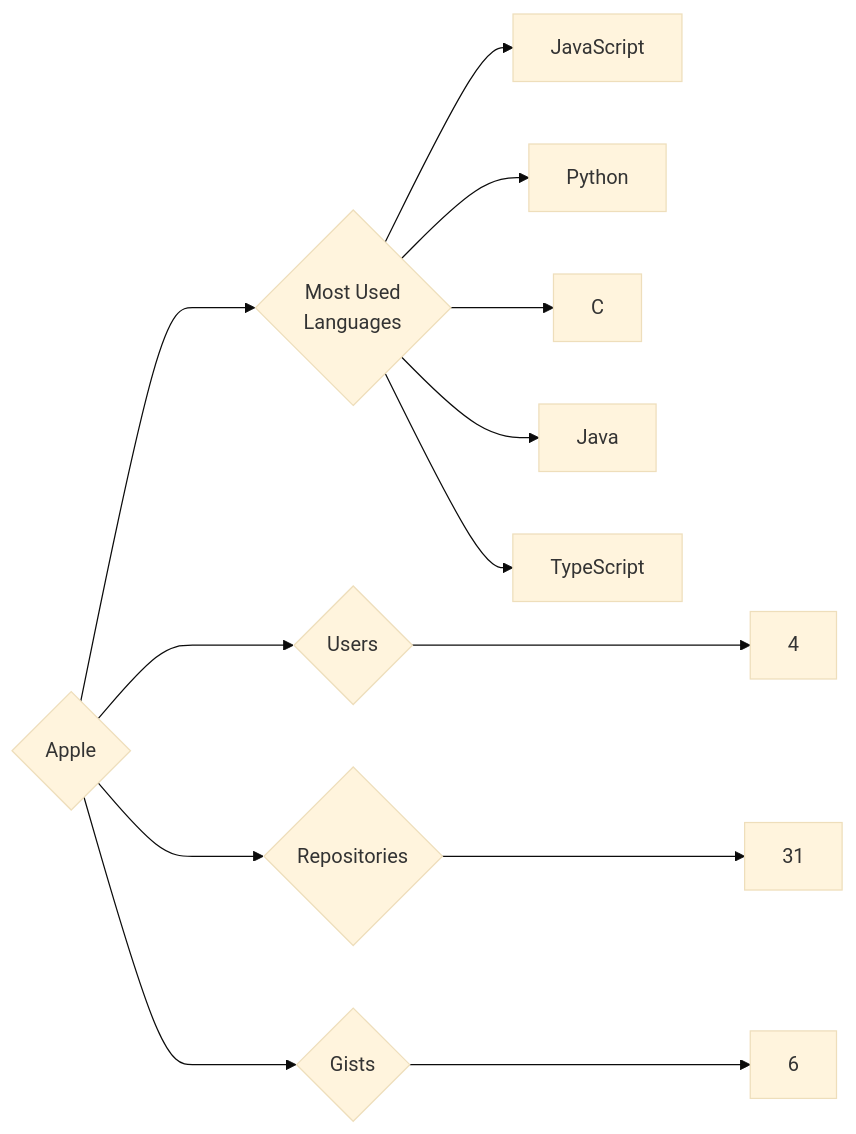
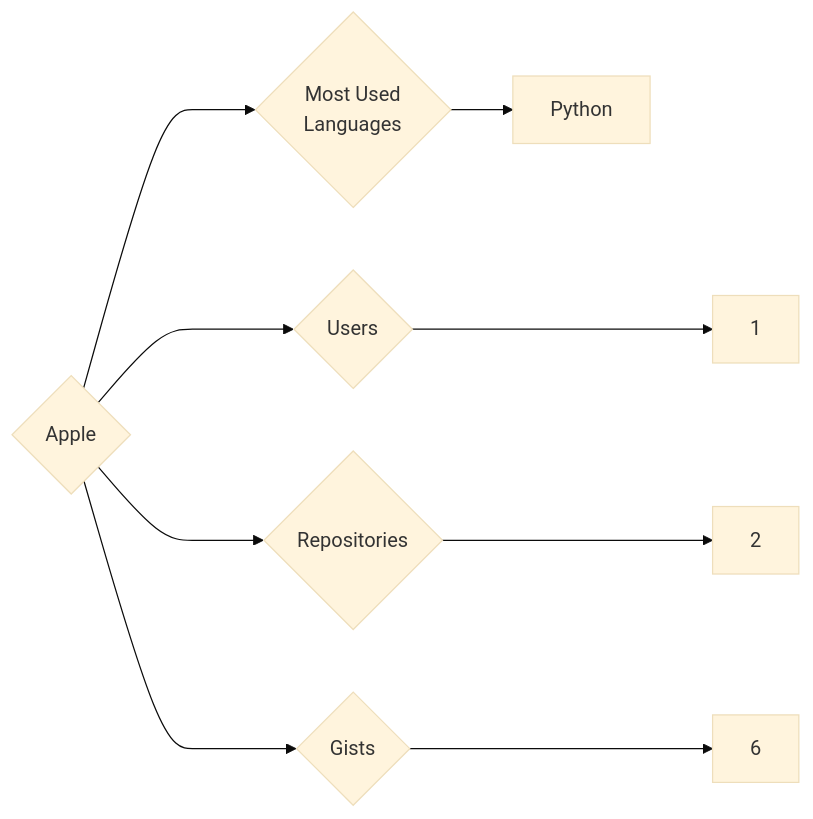
Before and after one commit to trickest/insiders: the diagram in targets/Apple/README.md, drawn with Mermaid (base theme). The commit also changed 1003 other files, not shown here.

````diff
--- a/targets/Apple/README.md
+++ b/targets/Apple/README.md
@@ -3,13 +3,9 @@
 ```mermaid
 graph LR
 COMPANY_NAME{Apple}
-COMPANY_NAME ---> U{Users} ---> UN[4]
-COMPANY_NAME ---> R{Repositories} ---> RN[31]
+COMPANY_NAME ---> U{Users} ---> UN[1]
+COMPANY_NAME ---> R{Repositories} ---> RN[2]
 COMPANY_NAME ---> G{Gists} ---> GN[6]
 COMPANY_NAME ---> ML{Most Used<br>Languages}
-ML --> JavaScript[JavaScript]
 ML --> Python[Python]
-ML --> C[C]
-ML --> Java[Java]
-ML --> TypeScript[TypeScript]
 ```
````
